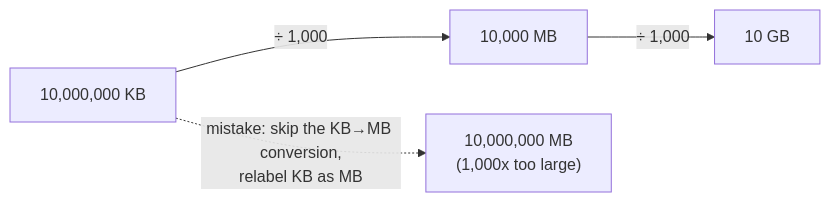
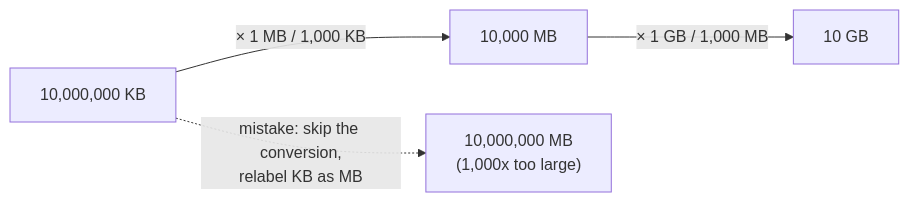
The first of 2 diagrams in src/content/applied-math/orders-magnitude/L2-concept.mdx (francoandreDev/knowledge), drawn with Mermaid before and after one commit. The commit also changed other lines of this file and 3 other files, not shown here.

````diff
--- a/src/content/applied-math/orders-magnitude/L2-concept.mdx
+++ b/src/content/applied-math/orders-magnitude/L2-concept.mdx
@@ -76,6 +64,6 @@
 ```mermaid
 flowchart LR
-    A["10,000,000 KB"] -- "÷ 1,000" --> B["10,000 MB"]
-    B -- "÷ 1,000" --> C["10 GB"]
-    A -. "mistake: skip the KB→MB conversion,\nrelabel KB as MB" .-> D["10,000,000 MB\n(1,000x too large)"]
+    A["10,000,000 KB"] -- "× 1 MB / 1,000 KB" --> B["10,000 MB"]
+    B -- "× 1 GB / 1,000 MB" --> C["10 GB"]
+    A -. "mistake: skip the conversion,\nrelabel KB as MB" .-> D["10,000,000 MB\n(1,000x too large)"]
 ```
````
